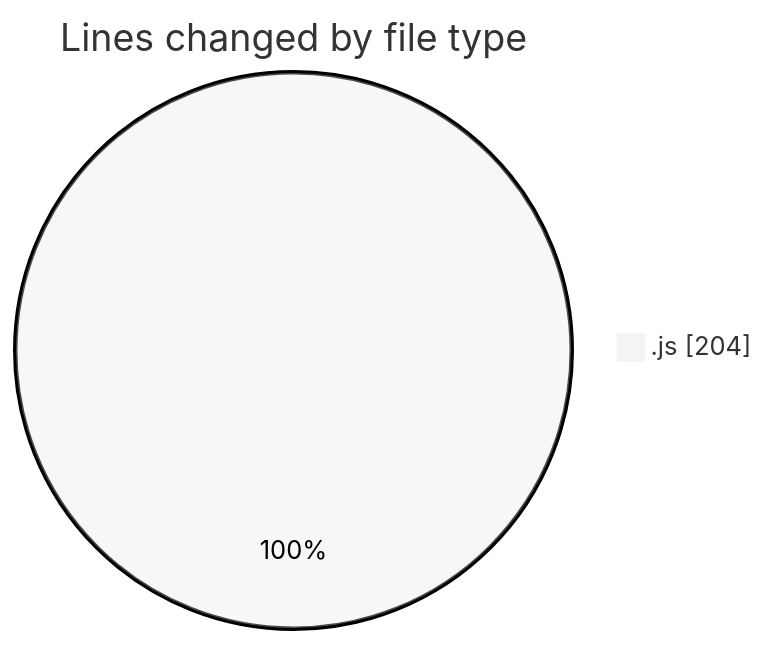
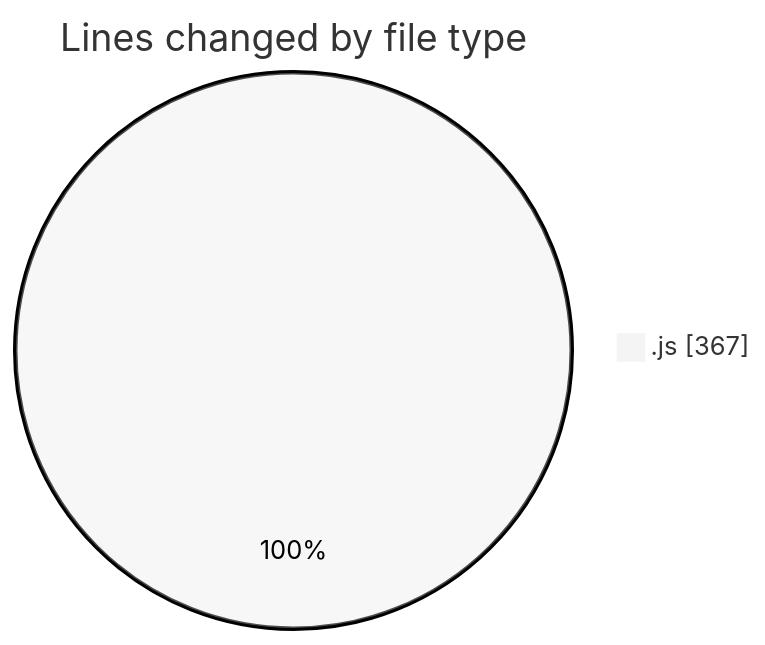
Before and after one commit to momahboobian/code-tracking: the first of 2 diagrams in 2025-02-04/cda/README.md, drawn with Mermaid (neutral theme). The commit also changed other lines of this file and 1 other file, not shown here.

````diff
--- a/2025-02-04/cda/README.md
+++ b/2025-02-04/cda/README.md
@@ -20,5 +20,5 @@
 ```mermaid
 pie showData
 title Lines changed by file type
-".js" : 204
+".js" : 367
 ```
````
